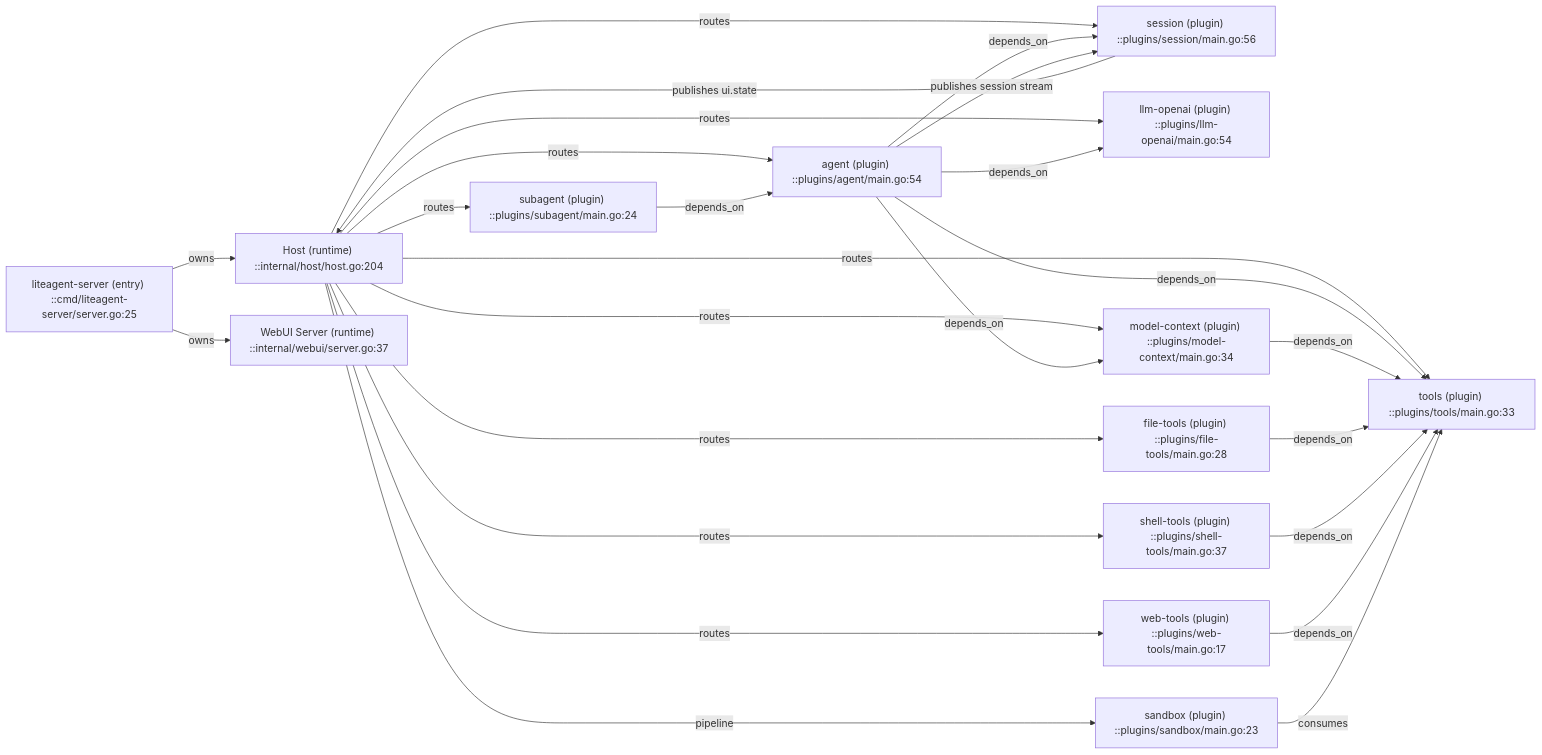
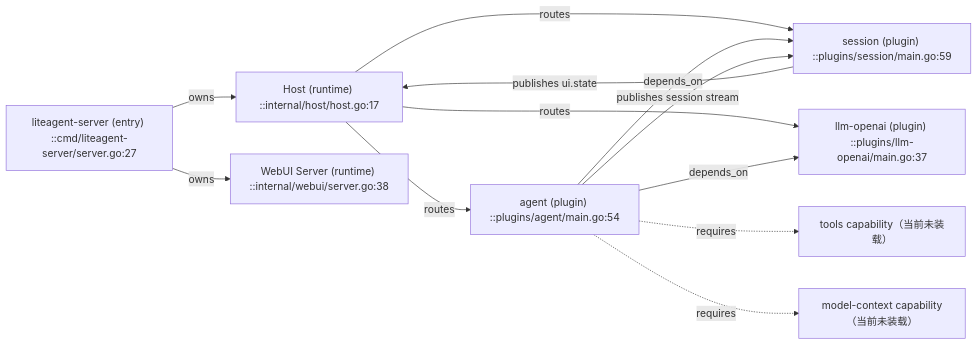
One commit to Alphazer01214/my-go-lite-agent changed the first of 5 diagrams in docs/project-map/DEPENDENCY.md. Above: the diagram before and after it, drawn with Mermaid. The commit also changed other lines of this file and 148 other files, not shown here.

````diff
--- a/docs/project-map/DEPENDENCY.md
+++ b/docs/project-map/DEPENDENCY.md
@@ -7,27 +7,14 @@
 ```mermaid
 flowchart LR
-  Server["liteagent-server (entry) ::cmd/liteagent-server/server.go:25"] -->|owns| Host["Host (runtime) ::internal/host/host.go:204"]
-  Server -->|owns| WebUI["WebUI Server (runtime) ::internal/webui/server.go:37"]
+  Server["liteagent-server (entry) ::cmd/liteagent-server/server.go:27"] -->|owns| Host["Host (runtime) ::internal/host/host.go:17"]
+  Server -->|owns| WebUI["WebUI Server (runtime) ::internal/webui/server.go:38"]
   Host -->|routes| Agent["agent (plugin) ::plugins/agent/main.go:54"]
-  Host -->|routes| Session["session (plugin) ::plugins/session/main.go:56"]
-  Host -->|routes| LLM["llm-openai (plugin) ::plugins/llm-openai/main.go:54"]
-  Host -->|routes| Tools["tools (plugin) ::plugins/tools/main.go:33"]
-  Host -->|routes| Context["model-context (plugin) ::plugins/model-context/main.go:34"]
-  Host -->|pipeline| Sandbox["sandbox (plugin) ::plugins/sandbox/main.go:23"]
-  Host -->|routes| File["file-tools (plugin) ::plugins/file-tools/main.go:28"]
-  Host -->|routes| Shell["shell-tools (plugin) ::plugins/shell-tools/main.go:37"]
-  Host -->|routes| Web["web-tools (plugin) ::plugins/web-tools/main.go:17"]
-  Host -->|routes| Subagent["subagent (plugin) ::plugins/subagent/main.go:24"]
+  Host -->|routes| Session["session (plugin) ::plugins/session/main.go:59"]
+  Host -->|routes| LLM["llm-openai (plugin) ::plugins/llm-openai/main.go:37"]
   Agent -->|depends_on| Session
   Agent -->|depends_on| LLM
-  Agent -->|depends_on| Tools
-  Agent -->|depends_on| Context
-  Context -->|depends_on| Tools
-  File -->|depends_on| Tools
-  Shell -->|depends_on| Tools
-  Web -->|depends_on| Tools
-  Sandbox -->|consumes| Tools
-  Subagent -->|depends_on| Agent
+  Agent -.->|requires| ToolsCap["tools capability（当前未装载）"]
+  Agent -.->|requires| ContextCap["model-context capability（当前未装载）"]
   Session -->|publishes ui.state| Host
   Agent -->|publishes session stream| Session
 ```
````
